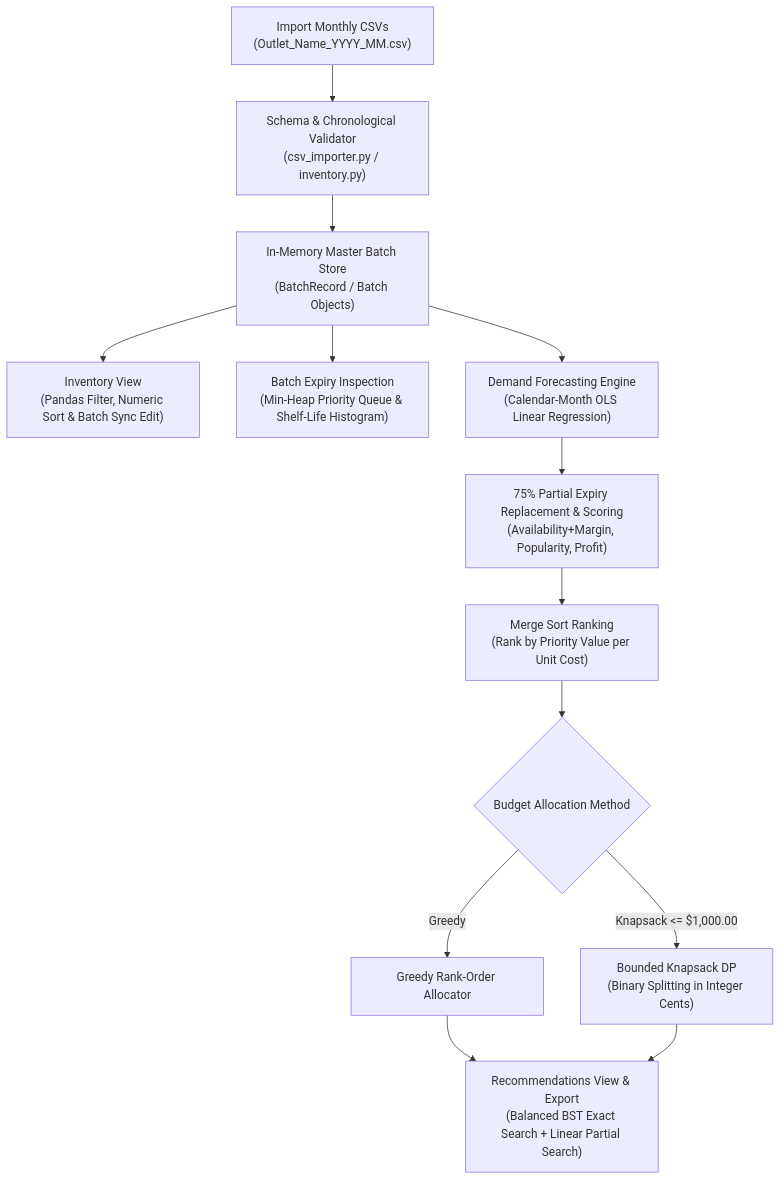
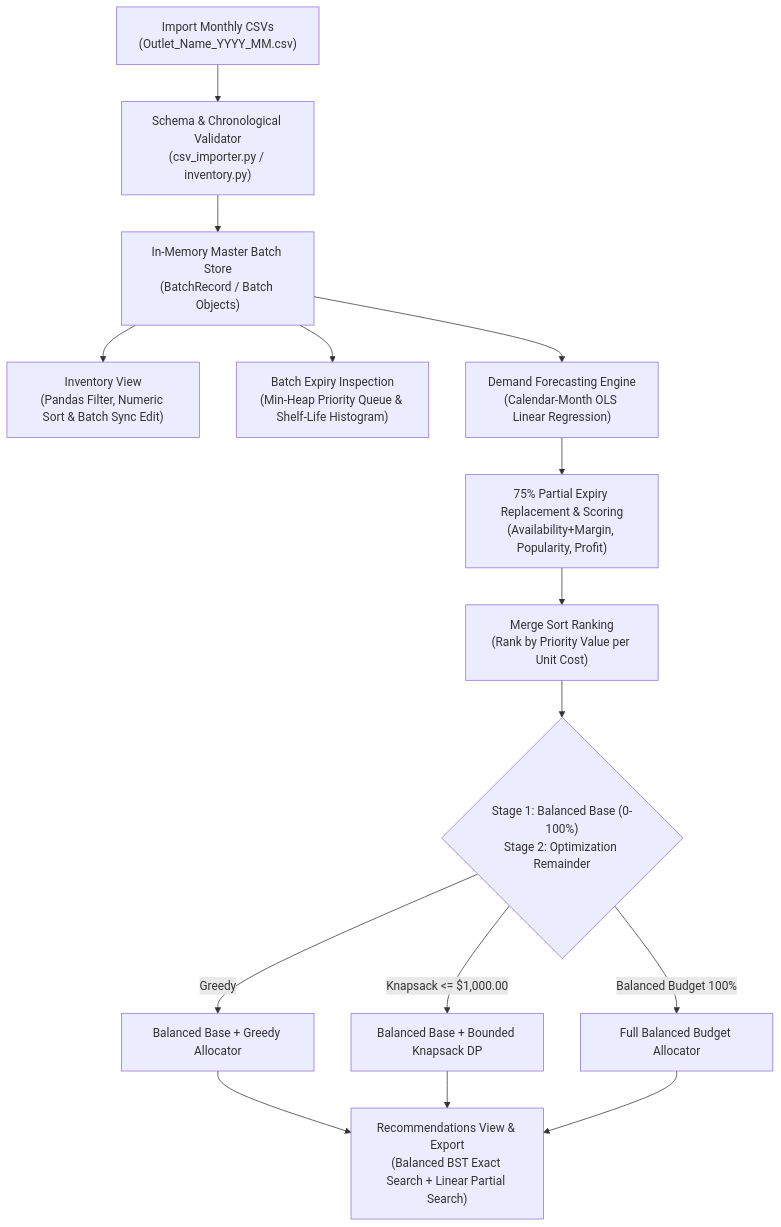
The diagram in REPORT.md (luisvoo-SIT/DSA_Project), drawn with Mermaid before and after one commit. The commit also changed other lines of this file and 3 other files, not shown here.

````diff
--- a/REPORT.md
+++ b/REPORT.md
@@ -75,19 +75,21 @@
 ```mermaid
 flowchart TD
     A["Import Monthly CSVs<br/>(Outlet_Name_YYYY_MM.csv)"] --> B["Schema & Chronological Validator<br/>(csv_importer.py / inventory.py)"]
     B --> C["In-Memory Master Batch Store<br/>(BatchRecord / Batch Objects)"]
     
     C --> D["Inventory View<br/>(Pandas Filter, Numeric Sort & Batch Sync Edit)"]
     C --> E["Batch Expiry Inspection<br/>(Min-Heap Priority Queue & Shelf-Life Histogram)"]
     C --> F["Demand Forecasting Engine<br/>(Calendar-Month OLS Linear Regression)"]
     
     F --> G["75% Partial Expiry Replacement & Scoring<br/>(Availability+Margin, Popularity, Profit)"]
     G --> H["Merge Sort Ranking<br/>(Rank by Priority Value per Unit Cost)"]
     
-    H --> I{"Budget Allocation Method"}
-    I -->|Greedy| J["Greedy Rank-Order Allocator"]
-    I -->|Knapsack <= $1,000.00| K["Bounded Knapsack DP<br/>(Binary Splitting in Integer Cents)"]
+    H --> I{"Stage 1: Balanced Base (0-100%)<br/>Stage 2: Optimization Remainder"}
+    I -->|Greedy| J["Balanced Base + Greedy Allocator"]
+    I -->|Knapsack <= $1,000.00| K["Balanced Base + Bounded Knapsack DP"]
+    I -->|Balanced Budget 100%| M["Full Balanced Budget Allocator"]
     
     J --> L["Recommendations View & Export<br/>(Balanced BST Exact Search + Linear Partial Search)"]
     K --> L
+    M --> L
 ```
````
